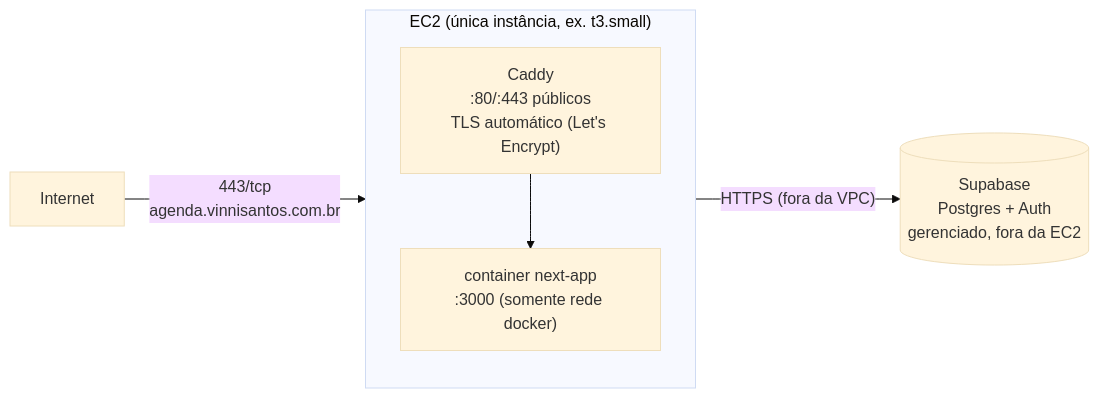
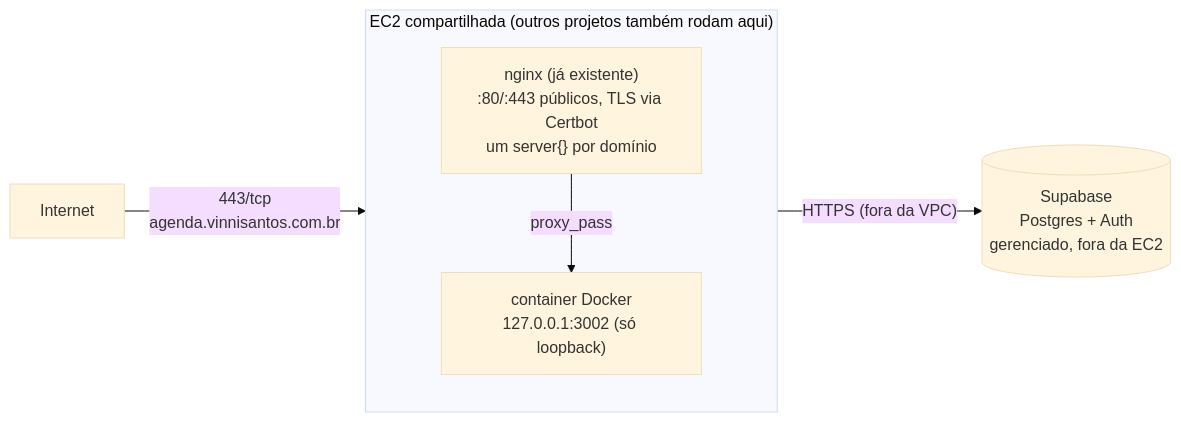
The first of 2 diagrams in docs/07-infraestrutura-deploy.md (vinnisntos/app-vinnicius), drawn with Mermaid (base theme) before and after one commit. The commit also changed other lines of this file and 8 other files, not shown here.

````diff
--- a/docs/07-infraestrutura-deploy.md
+++ b/docs/07-infraestrutura-deploy.md
@@ -5,11 +9,11 @@
 ```mermaid
 flowchart LR
     Internet -->|"443/tcp\nagenda.vinnisantos.com.br"| EC2
-    subgraph EC2["EC2 (única instância, ex. t3.small)"]
+    subgraph EC2["EC2 compartilhada (outros projetos também rodam aqui)"]
         direction TB
-        Caddy["Caddy\n:80/:443 públicos\nTLS automático (Let's Encrypt)"]
-        App["container next-app\n:3000 (somente rede docker)"]
-        Caddy --> App
+        Nginx["nginx (já existente)\n:80/:443 públicos, TLS via Certbot\num server{} por domínio"]
+        App["container Docker\n127.0.0.1:3002 (só loopback)"]
+        Nginx -->|"proxy_pass"| App
     end
     App -->|"HTTPS (fora da VPC)"| Supabase[("Supabase\nPostgres + Auth\ngerenciado, fora da EC2")]
 ```
````
